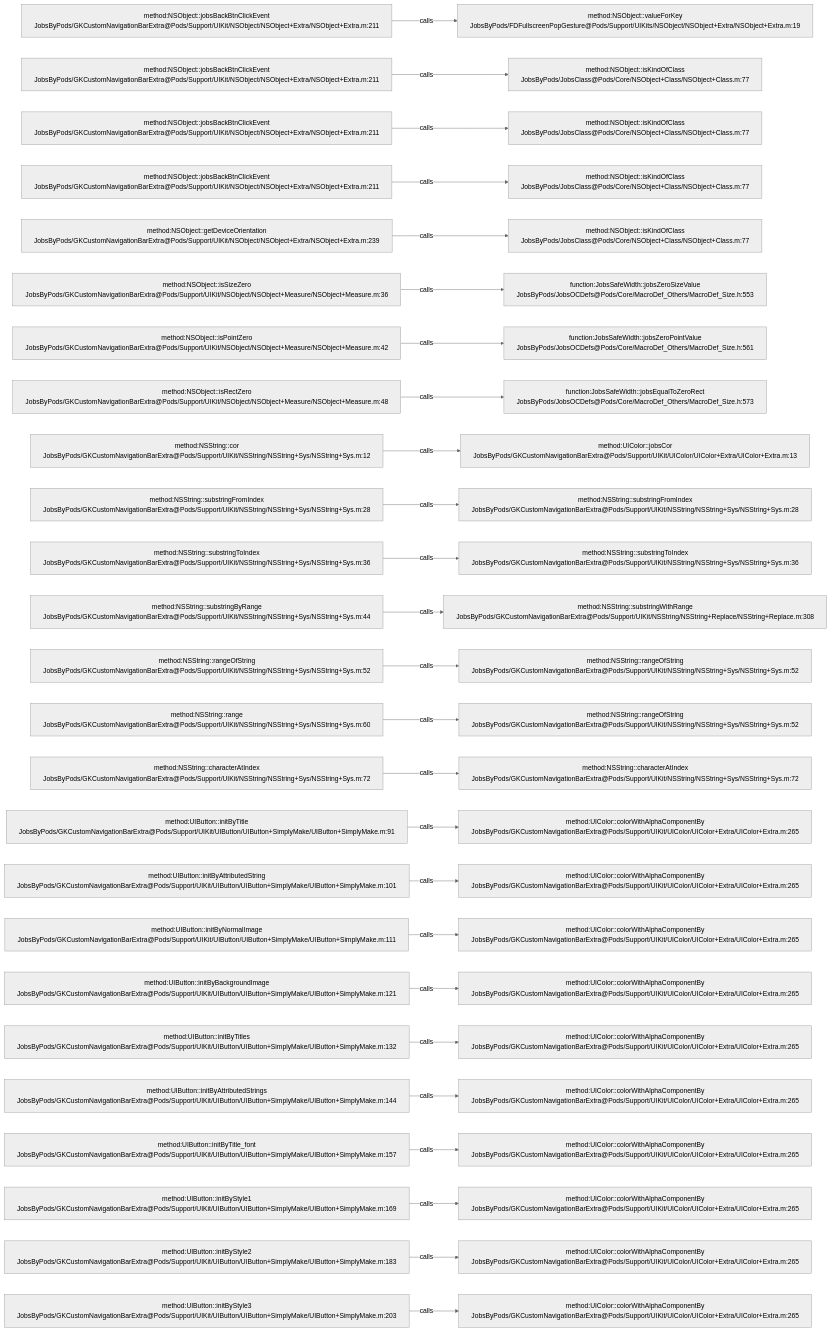
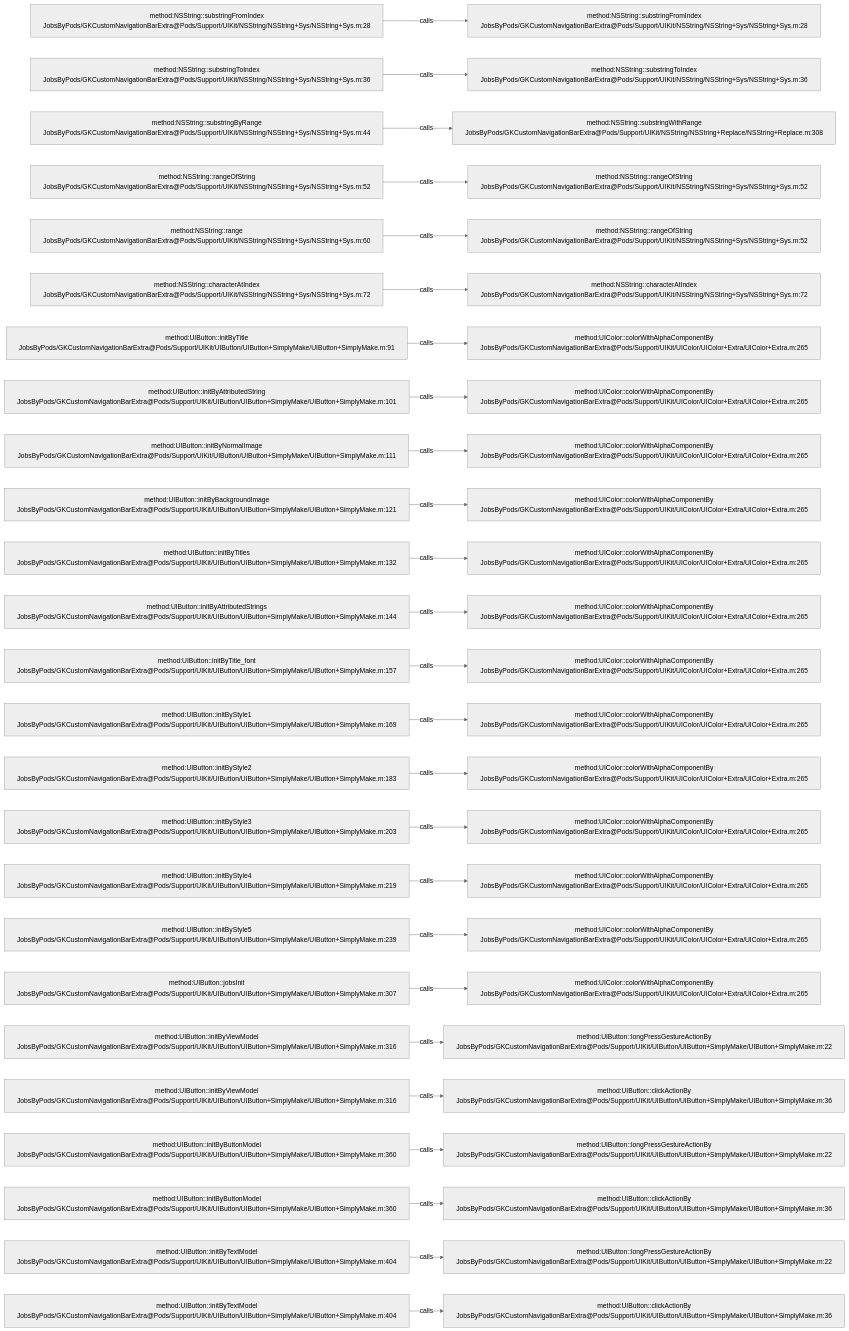
The diagram in .codegraph/codegraph.md/graphs/calls-005.md (JobsKits/JobsOCBaseConfigDemo), drawn with Mermaid (neutral theme) before and after one commit. The commit also changed 1026 other files, not shown here.

````diff
--- a/.codegraph/codegraph.md/graphs/calls-005.md
+++ b/.codegraph/codegraph.md/graphs/calls-005.md
@@ -13,78 +13,78 @@
 ```mermaid
 flowchart LR
-  S1["method:NSObject::jobsBackBtnClickEvent<br/>JobsByPods/GKCustomNavigationBarExtra@Pods/Support/UIKit/NSObject/NSObject+Extra/NSObject+Extra.m:211"]
-  T1["method:NSObject::valueForKey<br/>JobsByPods/FDFullscreenPopGesture@Pods/Support/UIKits/NSObject/NSObject+Extra/NSObject+Extra.m:19"]
+  S1["method:NSString::substringFromIndex<br/>JobsByPods/GKCustomNavigationBarExtra@Pods/Support/UIKit/NSString/NSString+Sys/NSString+Sys.m:28"]
+  T1["method:NSString::substringFromIndex<br/>JobsByPods/GKCustomNavigationBarExtra@Pods/Support/UIKit/NSString/NSString+Sys/NSString+Sys.m:28"]
   S1 -->|calls| T1
-  S2["method:NSObject::jobsBackBtnClickEvent<br/>JobsByPods/GKCustomNavigationBarExtra@Pods/Support/UIKit/NSObject/NSObject+Extra/NSObject+Extra.m:211"]
-  T2["method:NSObject::isKindOfClass<br/>JobsByPods/JobsClass@Pods/Core/NSObject+Class/NSObject+Class.m:77"]
+  S2["method:NSString::substringToIndex<br/>JobsByPods/GKCustomNavigationBarExtra@Pods/Support/UIKit/NSString/NSString+Sys/NSString+Sys.m:36"]
+  T2["method:NSString::substringToIndex<br/>JobsByPods/GKCustomNavigationBarExtra@Pods/Support/UIKit/NSString/NSString+Sys/NSString+Sys.m:36"]
   S2 -->|calls| T2
-  S3["method:NSObject::jobsBackBtnClickEvent<br/>JobsByPods/GKCustomNavigationBarExtra@Pods/Support/UIKit/NSObject/NSObject+Extra/NSObject+Extra.m:211"]
-  T3["method:NSObject::isKindOfClass<br/>JobsByPods/JobsClass@Pods/Core/NSObject+Class/NSObject+Class.m:77"]
+  S3["method:NSString::substringByRange<br/>JobsByPods/GKCustomNavigationBarExtra@Pods/Support/UIKit/NSString/NSString+Sys/NSString+Sys.m:44"]
+  T3["method:NSString::substringWithRange<br/>JobsByPods/GKCustomNavigationBarExtra@Pods/Support/UIKit/NSString/NSString+Replace/NSString+Replace.m:308"]
   S3 -->|calls| T3
-  S4["method:NSObject::jobsBackBtnClickEvent<br/>JobsByPods/GKCustomNavigationBarExtra@Pods/Support/UIKit/NSObject/NSObject+Extra/NSObject+Extra.m:211"]
-  T4["method:NSObject::isKindOfClass<br/>JobsByPods/JobsClass@Pods/Core/NSObject+Class/NSObject+Class.m:77"]
+  S4["method:NSString::rangeOfString<br/>JobsByPods/GKCustomNavigationBarExtra@Pods/Support/UIKit/NSString/NSString+Sys/NSString+Sys.m:52"]
+  T4["method:NSString::rangeOfString<br/>JobsByPods/GKCustomNavigationBarExtra@Pods/Support/UIKit/NSString/NSString+Sys/NSString+Sys.m:52"]
   S4 -->|calls| T4
-  S5["method:NSObject::getDeviceOrientation<br/>JobsByPods/GKCustomNavigationBarExtra@Pods/Support/UIKit/NSObject/NSObject+Extra/NSObject+Extra.m:239"]
-  T5["method:NSObject::isKindOfClass<br/>JobsByPods/JobsClass@Pods/Core/NSObject+Class/NSObject+Class.m:77"]
+  S5["method:NSString::range<br/>JobsByPods/GKCustomNavigationBarExtra@Pods/Support/UIKit/NSString/NSString+Sys/NSString+Sys.m:60"]
+  T5["method:NSString::rangeOfString<br/>JobsByPods/GKCustomNavigationBarExtra@Pods/Support/UIKit/NSString/NSString+Sys/NSString+Sys.m:52"]
   S5 -->|calls| T5
-  S6["method:NSObject::isSizeZero<br/>JobsByPods/GKCustomNavigationBarExtra@Pods/Support/UIKit/NSObject/NSObject+Measure/NSObject+Measure.m:36"]
-  T6["function:JobsSafeWidth::jobsZeroSizeValue<br/>JobsByPods/JobsOCDefs@Pods/Core/MacroDef_Others/MacroDef_Size.h:553"]
+  S6["method:NSString::characterAtIndex<br/>JobsByPods/GKCustomNavigationBarExtra@Pods/Support/UIKit/NSString/NSString+Sys/NSString+Sys.m:72"]
+  T6["method:NSString::characterAtIndex<br/>JobsByPods/GKCustomNavigationBarExtra@Pods/Support/UIKit/NSString/NSString+Sys/NSString+Sys.m:72"]
   S6 -->|calls| T6
-  S7["method:NSObject::isPointZero<br/>JobsByPods/GKCustomNavigationBarExtra@Pods/Support/UIKit/NSObject/NSObject+Measure/NSObject+Measure.m:42"]
-  T7["function:JobsSafeWidth::jobsZeroPointValue<br/>JobsByPods/JobsOCDefs@Pods/Core/MacroDef_Others/MacroDef_Size.h:561"]
+  S7["method:UIButton::initByTitle<br/>JobsByPods/GKCustomNavigationBarExtra@Pods/Support/UIKit/UIButton/UIButton+SimplyMake/UIButton+SimplyMake.m:91"]
+  T7["method:UIColor::colorWithAlphaComponentBy<br/>JobsByPods/GKCustomNavigationBarExtra@Pods/Support/UIKit/UIColor/UIColor+Extra/UIColor+Extra.m:265"]
   S7 -->|calls| T7
-  S8["method:NSObject::isRectZero<br/>JobsByPods/GKCustomNavigationBarExtra@Pods/Support/UIKit/NSObject/NSObject+Measure/NSObject+Measure.m:48"]
-  T8["function:JobsSafeWidth::jobsEqualToZeroRect<br/>JobsByPods/JobsOCDefs@Pods/Core/MacroDef_Others/MacroDef_Size.h:573"]
+  S8["method:UIButton::initByAttributedString<br/>JobsByPods/GKCustomNavigationBarExtra@Pods/Support/UIKit/UIButton/UIButton+SimplyMake/UIButton+SimplyMake.m:101"]
+  T8["method:UIColor::colorWithAlphaComponentBy<br/>JobsByPods/GKCustomNavigationBarExtra@Pods/Support/UIKit/UIColor/UIColor+Extra/UIColor+Extra.m:265"]
   S8 -->|calls| T8
-  S9["method:NSString::cor<br/>JobsByPods/GKCustomNavigationBarExtra@Pods/Support/UIKit/NSString/NSString+Sys/NSString+Sys.m:12"]
-  T9["method:UIColor::jobsCor<br/>JobsByPods/GKCustomNavigationBarExtra@Pods/Support/UIKit/UIColor/UIColor+Extra/UIColor+Extra.m:13"]
+  S9["method:UIButton::initByNormalImage<br/>JobsByPods/GKCustomNavigationBarExtra@Pods/Support/UIKit/UIButton/UIButton+SimplyMake/UIButton+SimplyMake.m:111"]
+  T9["method:UIColor::colorWithAlphaComponentBy<br/>JobsByPods/GKCustomNavigationBarExtra@Pods/Support/UIKit/UIColor/UIColor+Extra/UIColor+Extra.m:265"]
   S9 -->|calls| T9
-  S10["method:NSString::substringFromIndex<br/>JobsByPods/GKCustomNavigationBarExtra@Pods/Support/UIKit/NSString/NSString+Sys/NSString+Sys.m:28"]
-  T10["method:NSString::substringFromIndex<br/>JobsByPods/GKCustomNavigationBarExtra@Pods/Support/UIKit/NSString/NSString+Sys/NSString+Sys.m:28"]
+  S10["method:UIButton::initByBackgroundImage<br/>JobsByPods/GKCustomNavigationBarExtra@Pods/Support/UIKit/UIButton/UIButton+SimplyMake/UIButton+SimplyMake.m:121"]
+  T10["method:UIColor::colorWithAlphaComponentBy<br/>JobsByPods/GKCustomNavigationBarExtra@Pods/Support/UIKit/UIColor/UIColor+Extra/UIColor+Extra.m:265"]
   S10 -->|calls| T10
-  S11["method:NSString::substringToIndex<br/>JobsByPods/GKCustomNavigationBarExtra@Pods/Support/UIKit/NSString/NSString+Sys/NSString+Sys.m:36"]
-  T11["method:NSString::substringToIndex<br/>JobsByPods/GKCustomNavigationBarExtra@Pods/Support/UIKit/NSString/NSString+Sys/NSString+Sys.m:36"]
+  S11["method:UIButton::initByTitles<br/>JobsByPods/GKCustomNavigationBarExtra@Pods/Support/UIKit/UIButton/UIButton+SimplyMake/UIButton+SimplyMake.m:132"]
+  T11["method:UIColor::colorWithAlphaComponentBy<br/>JobsByPods/GKCustomNavigationBarExtra@Pods/Support/UIKit/UIColor/UIColor+Extra/UIColor+Extra.m:265"]
   S11 -->|calls| T11
-  S12["method:NSString::substringByRange<br/>JobsByPods/GKCustomNavigationBarExtra@Pods/Support/UIKit/NSString/NSString+Sys/NSString+Sys.m:44"]
-  T12["method:NSString::substringWithRange<br/>JobsByPods/GKCustomNavigationBarExtra@Pods/Support/UIKit/NSString/NSString+Replace/NSString+Replace.m:308"]
+  S12["method:UIButton::initByAttributedStrings<br/>JobsByPods/GKCustomNavigationBarExtra@Pods/Support/UIKit/UIButton/UIButton+SimplyMake/UIButton+SimplyMake.m:144"]
+  T12["method:UIColor::colorWithAlphaComponentBy<br/>JobsByPods/GKCustomNavigationBarExtra@Pods/Support/UIKit/UIColor/UIColor+Extra/UIColor+Extra.m:265"]
   S12 -->|calls| T12
-  S13["method:NSString::rangeOfString<br/>JobsByPods/GKCustomNavigationBarExtra@Pods/Support/UIKit/NSString/NSString+Sys/NSString+Sys.m:52"]
-  T13["method:NSString::rangeOfString<br/>JobsByPods/GKCustomNavigationBarExtra@Pods/Support/UIKit/NSString/NSString+Sys/NSString+Sys.m:52"]
+  S13["method:UIButton::initByTitle_font<br/>JobsByPods/GKCustomNavigationBarExtra@Pods/Support/UIKit/UIButton/UIButton+SimplyMake/UIButton+SimplyMake.m:157"]
+  T13["method:UIColor::colorWithAlphaComponentBy<br/>JobsByPods/GKCustomNavigationBarExtra@Pods/Support/UIKit/UIColor/UIColor+Extra/UIColor+Extra.m:265"]
   S13 -->|calls| T13
-  S14["method:NSString::range<br/>JobsByPods/GKCustomNavigationBarExtra@Pods/Support/UIKit/NSString/NSString+Sys/NSString+Sys.m:60"]
-  T14["method:NSString::rangeOfString<br/>JobsByPods/GKCustomNavigationBarExtra@Pods/Support/UIKit/NSString/NSString+Sys/NSString+Sys.m:52"]
+  S14["method:UIButton::initByStyle1<br/>JobsByPods/GKCustomNavigationBarExtra@Pods/Support/UIKit/UIButton/UIButton+SimplyMake/UIButton+SimplyMake.m:169"]
+  T14["method:UIColor::colorWithAlphaComponentBy<br/>JobsByPods/GKCustomNavigationBarExtra@Pods/Support/UIKit/UIColor/UIColor+Extra/UIColor+Extra.m:265"]
   S14 -->|calls| T14
-  S15["method:NSString::characterAtIndex<br/>JobsByPods/GKCustomNavigationBarExtra@Pods/Support/UIKit/NSString/NSString+Sys/NSString+Sys.m:72"]
-  T15["method:NSString::characterAtIndex<br/>JobsByPods/GKCustomNavigationBarExtra@Pods/Support/UIKit/NSString/NSString+Sys/NSString+Sys.m:72"]
+  S15["method:UIButton::initByStyle2<br/>JobsByPods/GKCustomNavigationBarExtra@Pods/Support/UIKit/UIButton/UIButton+SimplyMake/UIButton+SimplyMake.m:183"]
+  T15["method:UIColor::colorWithAlphaComponentBy<br/>JobsByPods/GKCustomNavigationBarExtra@Pods/Support/UIKit/UIColor/UIColor+Extra/UIColor+Extra.m:265"]
   S15 -->|calls| T15
-  S16["method:UIButton::initByTitle<br/>JobsByPods/GKCustomNavigationBarExtra@Pods/Support/UIKit/UIButton/UIButton+SimplyMake/UIButton+SimplyMake.m:91"]
+  S16["method:UIButton::initByStyle3<br/>JobsByPods/GKCustomNavigationBarExtra@Pods/Support/UIKit/UIButton/UIButton+SimplyMake/UIButton+SimplyMake.m:203"]
   T16["method:UIColor::colorWithAlphaComponentBy<br/>JobsByPods/GKCustomNavigationBarExtra@Pods/Support/UIKit/UIColor/UIColor+Extra/UIColor+Extra.m:265"]
   S16 -->|calls| T16
-  S17["method:UIButton::initByAttributedString<br/>JobsByPods/GKCustomNavigationBarExtra@Pods/Support/UIKit/UIButton/UIButton+SimplyMake/UIButton+SimplyMake.m:101"]
+  S17["method:UIButton::initByStyle4<br/>JobsByPods/GKCustomNavigationBarExtra@Pods/Support/UIKit/UIButton/UIButton+SimplyMake/UIButton+SimplyMake.m:219"]
   T17["method:UIColor::colorWithAlphaComponentBy<br/>JobsByPods/GKCustomNavigationBarExtra@Pods/Support/UIKit/UIColor/UIColor+Extra/UIColor+Extra.m:265"]
   S17 -->|calls| T17
-  S18["method:UIButton::initByNormalImage<br/>JobsByPods/GKCustomNavigationBarExtra@Pods/Support/UIKit/UIButton/UIButton+SimplyMake/UIButton+SimplyMake.m:111"]
+  S18["method:UIButton::initByStyle5<br/>JobsByPods/GKCustomNavigationBarExtra@Pods/Support/UIKit/UIButton/UIButton+SimplyMake/UIButton+SimplyMake.m:239"]
   T18["method:UIColor::colorWithAlphaComponentBy<br/>JobsByPods/GKCustomNavigationBarExtra@Pods/Support/UIKit/UIColor/UIColor+Extra/UIColor+Extra.m:265"]
   S18 -->|calls| T18
-  S19["method:UIButton::initByBackgroundImage<br/>JobsByPods/GKCustomNavigationBarExtra@Pods/Support/UIKit/UIButton/UIButton+SimplyMake/UIButton+SimplyMake.m:121"]
+  S19["method:UIButton::jobsInit<br/>JobsByPods/GKCustomNavigationBarExtra@Pods/Support/UIKit/UIButton/UIButton+SimplyMake/UIButton+SimplyMake.m:307"]
   T19["method:UIColor::colorWithAlphaComponentBy<br/>JobsByPods/GKCustomNavigationBarExtra@Pods/Support/UIKit/UIColor/UIColor+Extra/UIColor+Extra.m:265"]
   S19 -->|calls| T19
-  S20["method:UIButton::initByTitles<br/>JobsByPods/GKCustomNavigationBarExtra@Pods/Support/UIKit/UIButton/UIButton+SimplyMake/UIButton+SimplyMake.m:132"]
-  T20["method:UIColor::colorWithAlphaComponentBy<br/>JobsByPods/GKCustomNavigationBarExtra@Pods/Support/UIKit/UIColor/UIColor+Extra/UIColor+Extra.m:265"]
+  S20["method:UIButton::initByViewModel<br/>JobsByPods/GKCustomNavigationBarExtra@Pods/Support/UIKit/UIButton/UIButton+SimplyMake/UIButton+SimplyMake.m:316"]
+  T20["method:UIButton::longPressGestureActionBy<br/>JobsByPods/GKCustomNavigationBarExtra@Pods/Support/UIKit/UIButton/UIButton+SimplyMake/UIButton+SimplyMake.m:22"]
   S20 -->|calls| T20
-  S21["method:UIButton::initByAttributedStrings<br/>JobsByPods/GKCustomNavigationBarExtra@Pods/Support/UIKit/UIButton/UIButton+SimplyMake/UIButton+SimplyMake.m:144"]
-  T21["method:UIColor::colorWithAlphaComponentBy<br/>JobsByPods/GKCustomNavigationBarExtra@Pods/Support/UIKit/UIColor/UIColor+Extra/UIColor+Extra.m:265"]
+  S21["method:UIButton::initByViewModel<br/>JobsByPods/GKCustomNavigationBarExtra@Pods/Support/UIKit/UIButton/UIButton+SimplyMake/UIButton+SimplyMake.m:316"]
+  T21["method:UIButton::clickActionBy<br/>JobsByPods/GKCustomNavigationBarExtra@Pods/Support/UIKit/UIButton/UIButton+SimplyMake/UIButton+SimplyMake.m:36"]
   S21 -->|calls| T21
-  S22["method:UIButton::initByTitle_font<br/>JobsByPods/GKCustomNavigationBarExtra@Pods/Support/UIKit/UIButton/UIButton+SimplyMake/UIButton+SimplyMake.m:157"]
-  T22["method:UIColor::colorWithAlphaComponentBy<br/>JobsByPods/GKCustomNavigationBarExtra@Pods/Support/UIKit/UIColor/UIColor+Extra/UIColor+Extra.m:265"]
+  S22["method:UIButton::initByButtonModel<br/>JobsByPods/GKCustomNavigationBarExtra@Pods/Support/UIKit/UIButton/UIButton+SimplyMake/UIButton+SimplyMake.m:360"]
+  T22["method:UIButton::longPressGestureActionBy<br/>JobsByPods/GKCustomNavigationBarExtra@Pods/Support/UIKit/UIButton/UIButton+SimplyMake/UIButton+SimplyMake.m:22"]
   S22 -->|calls| T22
-  S23["method:UIButton::initByStyle1<br/>JobsByPods/GKCustomNavigationBarExtra@Pods/Support/UIKit/UIButton/UIButton+SimplyMake/UIButton+SimplyMake.m:169"]
-  T23["method:UIColor::colorWithAlphaComponentBy<br/>JobsByPods/GKCustomNavigationBarExtra@Pods/Support/UIKit/UIColor/UIColor+Extra/UIColor+Extra.m:265"]
+  S23["method:UIButton::initByButtonModel<br/>JobsByPods/GKCustomNavigationBarExtra@Pods/Support/UIKit/UIButton/UIButton+SimplyMake/UIButton+SimplyMake.m:360"]
+  T23["method:UIButton::clickActionBy<br/>JobsByPods/GKCustomNavigationBarExtra@Pods/Support/UIKit/UIButton/UIButton+SimplyMake/UIButton+SimplyMake.m:36"]
   S23 -->|calls| T23
-  S24["method:UIButton::initByStyle2<br/>JobsByPods/GKCustomNavigationBarExtra@Pods/Support/UIKit/UIButton/UIButton+SimplyMake/UIButton+SimplyMake.m:183"]
-  T24["method:UIColor::colorWithAlphaComponentBy<br/>JobsByPods/GKCustomNavigationBarExtra@Pods/Support/UIKit/UIColor/UIColor+Extra/UIColor+Extra.m:265"]
+  S24["method:UIButton::initByTextModel<br/>JobsByPods/GKCustomNavigationBarExtra@Pods/Support/UIKit/UIButton/UIButton+SimplyMake/UIButton+SimplyMake.m:404"]
+  T24["method:UIButton::longPressGestureActionBy<br/>JobsByPods/GKCustomNavigationBarExtra@Pods/Support/UIKit/UIButton/UIButton+SimplyMake/UIButton+SimplyMake.m:22"]
   S24 -->|calls| T24
-  S25["method:UIButton::initByStyle3<br/>JobsByPods/GKCustomNavigationBarExtra@Pods/Support/UIKit/UIButton/UIButton+SimplyMake/UIButton+SimplyMake.m:203"]
-  T25["method:UIColor::colorWithAlphaComponentBy<br/>JobsByPods/GKCustomNavigationBarExtra@Pods/Support/UIKit/UIColor/UIColor+Extra/UIColor+Extra.m:265"]
+  S25["method:UIButton::initByTextModel<br/>JobsByPods/GKCustomNavigationBarExtra@Pods/Support/UIKit/UIButton/UIButton+SimplyMake/UIButton+SimplyMake.m:404"]
+  T25["method:UIButton::clickActionBy<br/>JobsByPods/GKCustomNavigationBarExtra@Pods/Support/UIKit/UIButton/UIButton+SimplyMake/UIButton+SimplyMake.m:36"]
   S25 -->|calls| T25
 ```
````
